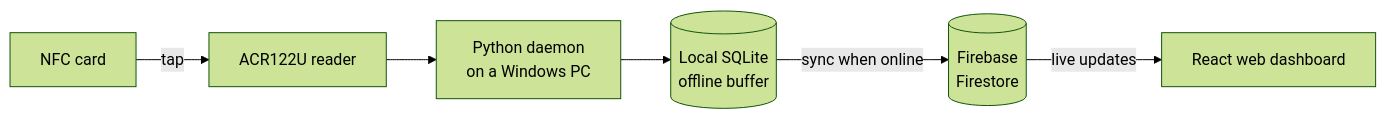
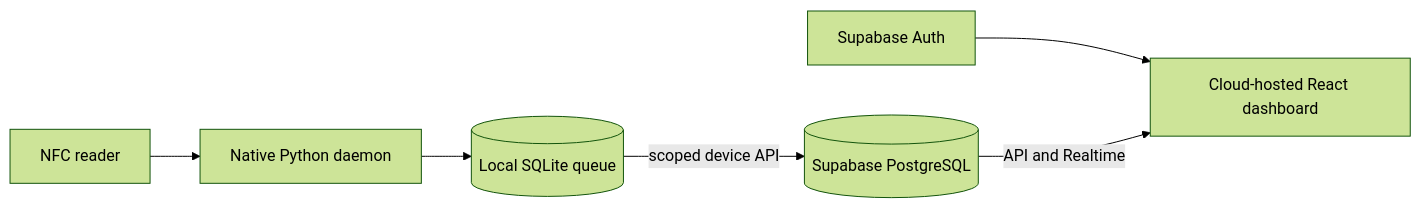
Before and after one commit to mrfahrenheit0528/ssc-ootd: the diagram in README.md, drawn with Mermaid (forest theme). The commit also changed other lines of this file and 47 other files, not shown here.

First line of the commit message:
feat: migrate attendance system from Firebase to Supabase

````diff
--- a/README.md
+++ b/README.md
@@ -33,8 +29,8 @@
 ```mermaid
 flowchart LR
-    Card[NFC card] -->|tap| Reader[ACR122U reader]
-    Reader --> Daemon[Python daemon<br/>on a Windows PC]
-    Daemon --> SQLite[(Local SQLite<br/>offline buffer)]
-    SQLite -->|sync when online| Firestore[(Firebase<br/>Firestore)]
-    Firestore -->|live updates| Dashboard[React web dashboard]
+    NFC[NFC reader] --> Daemon[Native Python daemon]
+    Daemon --> SQLite[(Local SQLite queue)]
+    SQLite -->|scoped device API| Cloud[(Supabase PostgreSQL)]
+    Auth[Supabase Auth] --> Web[Cloud-hosted React dashboard]
+    Cloud -->|API and Realtime| Web
 ```
````
